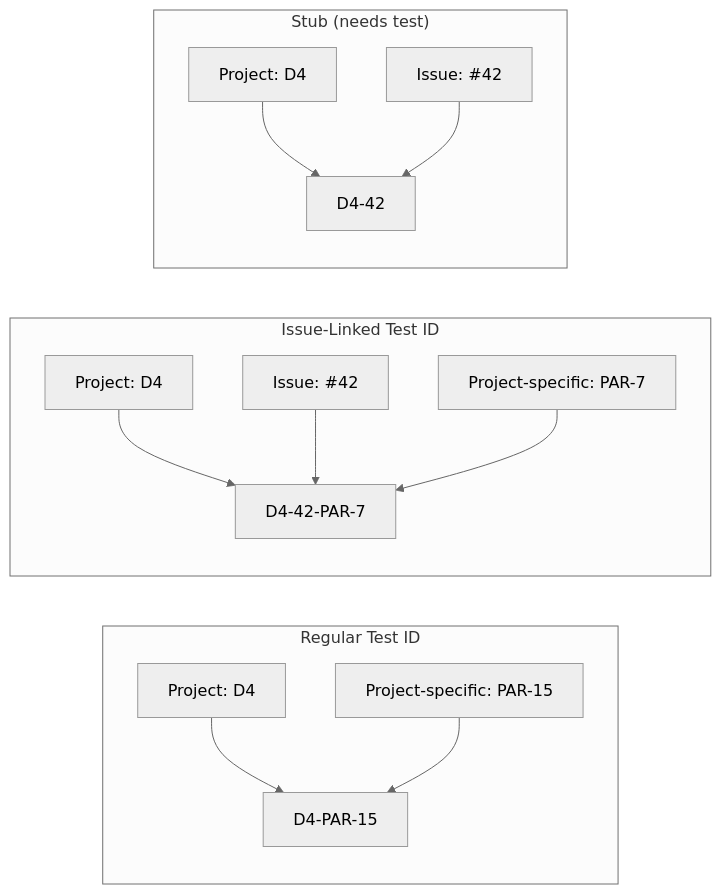
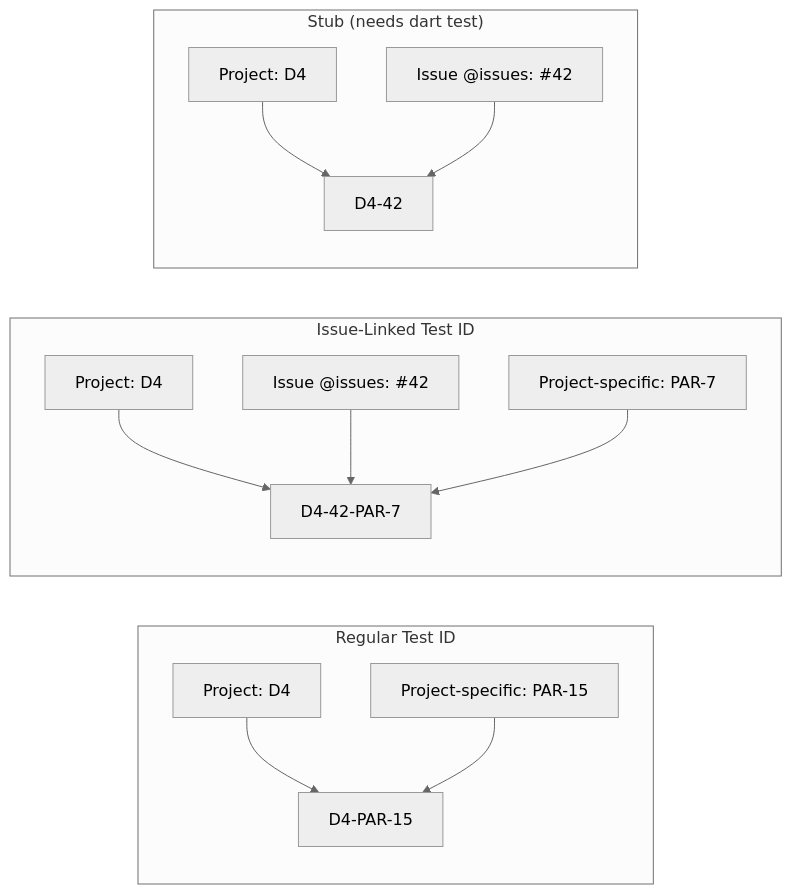
One commit to al-the-bear/tom_module_basics changed the second of 37 diagrams in tom_issue_kit/doc/issuekit_command_reference.md. Above: the diagram before and after it, drawn with Mermaid (neutral theme). The commit also changed other lines of this file and 1 other file, not shown here.

First line of the commit message:
docs: architectural redesign — two issue trackers, @issues/@tests/@code terminology, nightly backup

````diff
--- a/tom_issue_kit/doc/issuekit_command_reference.md
+++ b/tom_issue_kit/doc/issuekit_command_reference.md
@@ -128,21 +132,21 @@
 ```mermaid
 graph LR
     subgraph "Regular Test ID"
         R["D4-PAR-15"]
         R1["Project: D4"] --> R
         R2["Project-specific: PAR-15"] --> R
     end
 
     subgraph "Issue-Linked Test ID"
         I["D4-42-PAR-7"]
         I1["Project: D4"] --> I
-        I2["Issue: #42"] --> I
+        I2["Issue @issues: #42"] --> I
         I3["Project-specific: PAR-7"] --> I
     end
 
-    subgraph "Stub (needs test)"
+    subgraph "Stub (needs dart test)"
         S["D4-42"]
         S1["Project: D4"] --> S
-        S2["Issue: #42"] --> S
+        S2["Issue @issues: #42"] --> S
     end
 ```
````
